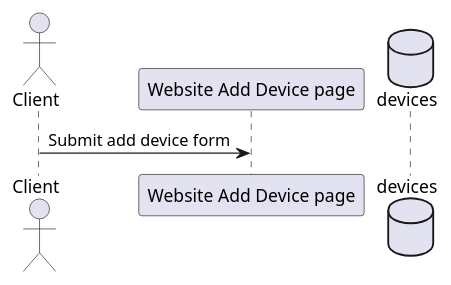
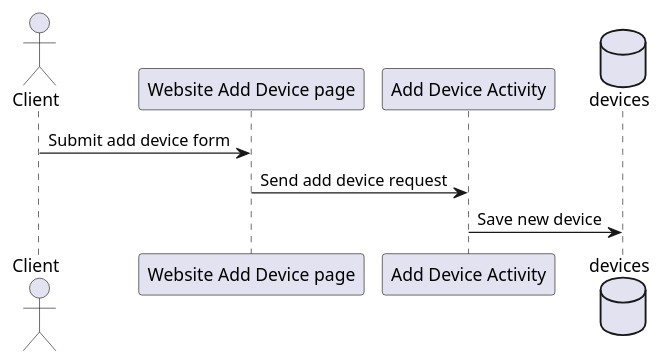
The diagram in resources/add-device-SD.puml (kaaron22/HTMVault), drawn with PlantUML before and after one commit.

Commit message:
design document in progress - add device sequence diagram complete

```diff
--- a/resources/add-device-SD.puml
+++ b/resources/add-device-SD.puml
@@ -1,11 +1,12 @@
 @startuml
+
 actor Client
-
 participant "Website Add Device page"
-
-
+participant "Add Device Activity"
 database devices
 
 Client -> "Website Add Device page": Submit add device form
+"Website Add Device page" -> "Add Device Activity": Send add device request
+"Add Device Activity" -> devices: Save new device
 
 @enduml
```
